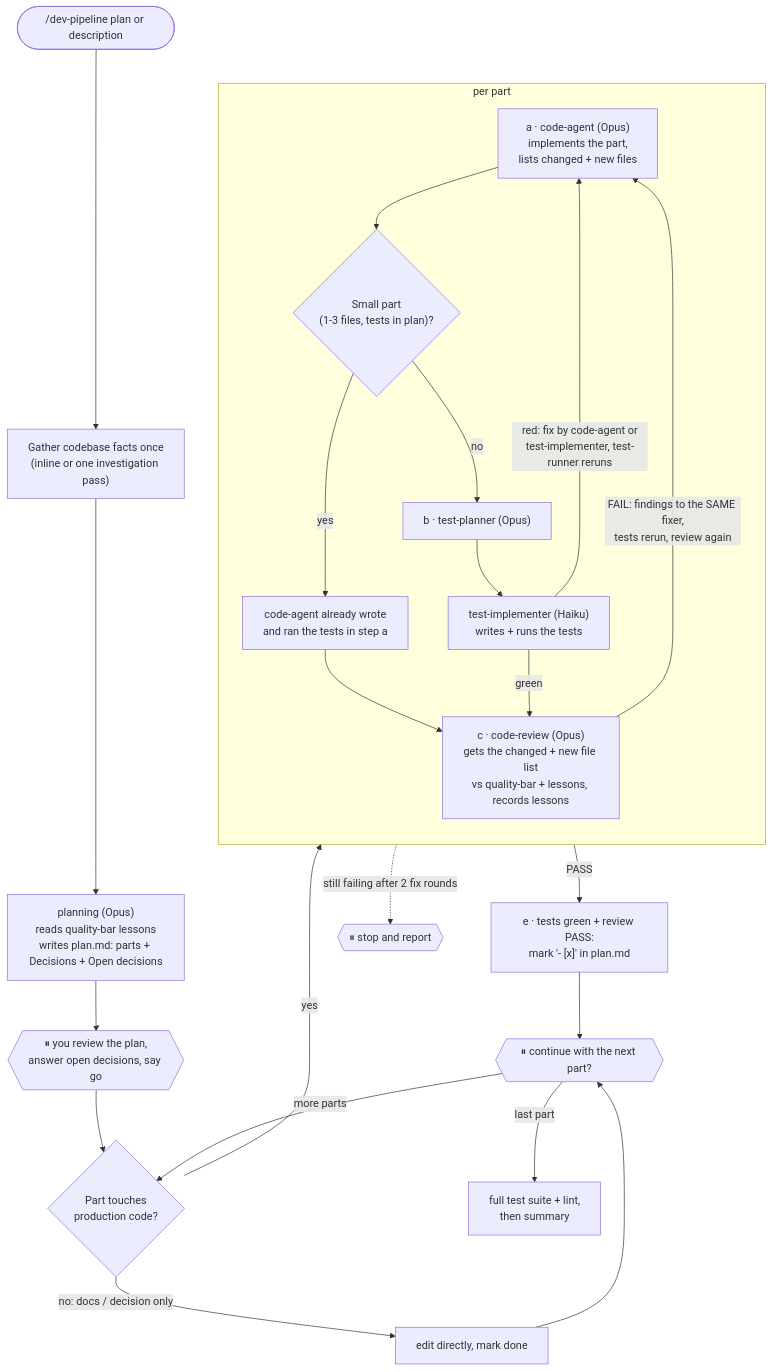
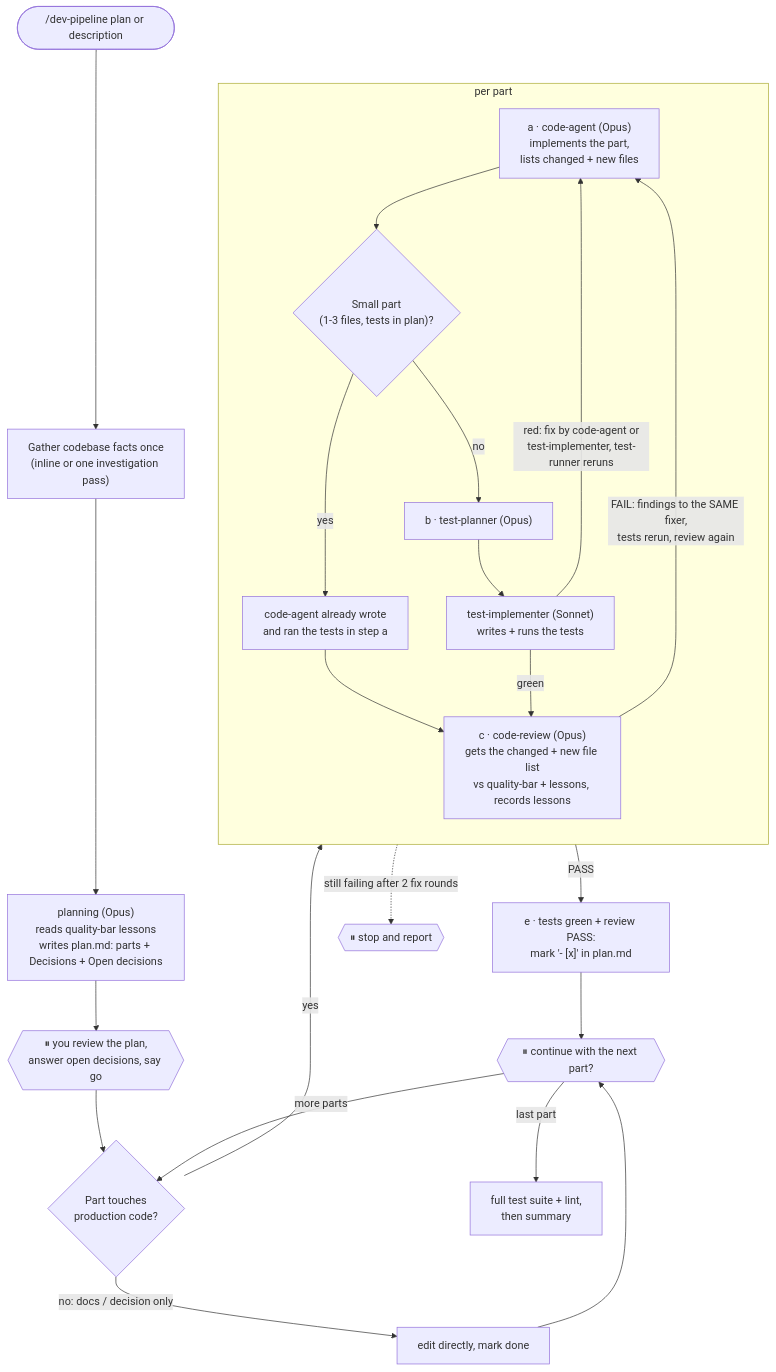
One commit to mxrpr/dev-pipeline-kit changed the diagram in docs/dev-pipeline.md. Above: the diagram before and after it, drawn with Mermaid. The commit also changed other lines of this file and 17 other files, not shown here.

````diff
--- a/docs/dev-pipeline.md
+++ b/docs/dev-pipeline.md
@@ -14,28 +14,28 @@
 ```mermaid
 flowchart TD
     IN(["/dev-pipeline plan or description"]) --> INV["Gather codebase facts once<br/>(inline or one investigation pass)"]
     INV --> PL["planning (Opus)<br/>reads quality-bar lessons<br/>writes plan.md: parts + Decisions + Open decisions"]
     PL --> G1{{"⏸ you review the plan,<br/>answer open decisions, say go"}}
     G1 --> FAST{"Part touches<br/>production code?"}
 
     FAST -->|"no: docs / decision only"| EDIT["edit directly, mark done"]
     FAST -->|yes| IMP
 
     subgraph PART [" per part "]
         direction TB
         IMP["a · code-agent (Opus)<br/>implements the part,<br/>lists changed + new files"] --> SMALL{"Small part<br/>(1-3 files, tests in plan)?"}
         SMALL -->|yes| INL["code-agent already wrote<br/>and ran the tests in step a"]
-        SMALL -->|no| TP["b · test-planner (Opus)"] --> TI["test-implementer (Haiku)<br/>writes + runs the tests"]
+        SMALL -->|no| TP["b · test-planner (Opus)"] --> TI["test-implementer (Sonnet)<br/>writes + runs the tests"]
         TI -->|"red: fix by code-agent or<br/>test-implementer, test-runner reruns"| IMP
         INL --> REV
         TI -->|green| REV["c · code-review (Opus)<br/>gets the changed + new file list<br/>vs quality-bar + lessons, records lessons"]
         REV -->|"FAIL: findings to the SAME fixer,<br/>tests rerun, review again"| IMP
     end
 
     REV -->|PASS| DONE["e · tests green + review PASS:<br/>mark '- [x]' in plan.md"]
     EDIT --> NEXT
     DONE --> NEXT{{"⏸ continue with the next part?"}}
     NEXT -->|"more parts"| FAST
     NEXT -->|"last part"| END["full test suite + lint,<br/>then summary"]
     PART -. "still failing after 2 fix rounds" .-> STOP{{"⏸ stop and report"}}
 ```
````
